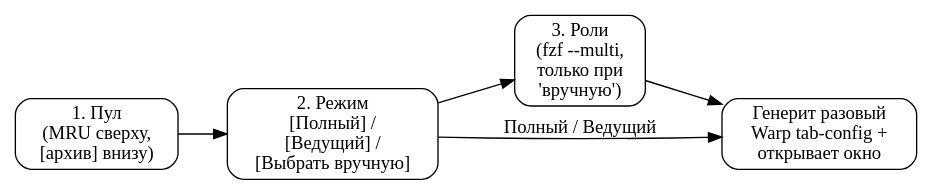
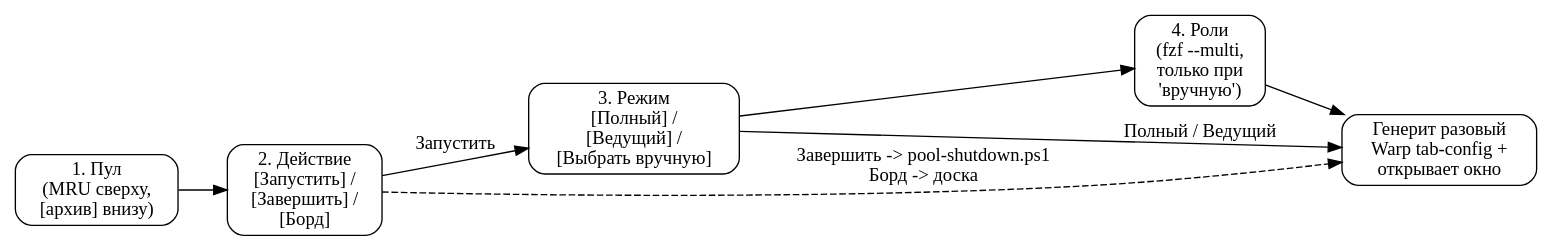
Before and after one commit to Dieugene/ai-agent-backed-project-template: the diagram in docs/pool-launcher-and-warp.md, drawn with Graphviz. The commit also changed other lines of this file and 21 other files, not shown here.

````diff
--- a/docs/pool-launcher-and-warp.md
+++ b/docs/pool-launcher-and-warp.md
@@ -138,14 +143,18 @@
 ```dot
 digraph picker {
   rankdir=LR;
   node [shape=box, style=rounded];
 
-  POOL  [label="1. Пул\n(MRU сверху,\n[архив] внизу)"];
-  MODE  [label="2. Режим\n[Полный] /\n[Ведущий] /\n[Выбрать вручную]"];
-  ROLES [label="3. Роли\n(fzf --multi,\nтолько при\n'вручную')"];
-  GEN   [label="Генерит разовый\nWarp tab-config +\nоткрывает окно"];
+  POOL   [label="1. Пул\n(MRU сверху,\n[архив] внизу)"];
+  ACTION [label="2. Действие\n[Запустить] /\n[Завершить] /\n[Борд]"];
+  MODE   [label="3. Режим\n[Полный] /\n[Ведущий] /\n[Выбрать вручную]"];
+  ROLES  [label="4. Роли\n(fzf --multi,\nтолько при\n'вручную')"];
+  GEN    [label="Генерит разовый\nWarp tab-config +\nоткрывает окно"];
 
-  POOL -> MODE -> ROLES -> GEN;
+  POOL -> ACTION;
+  ACTION -> MODE [label="Запустить"];
+  MODE -> ROLES -> GEN;
   MODE -> GEN [label="Полный / Ведущий"];
+  ACTION -> GEN [label="Завершить -> pool-shutdown.ps1\nБорд -> доска", style=dashed];
 }
 ```
````
